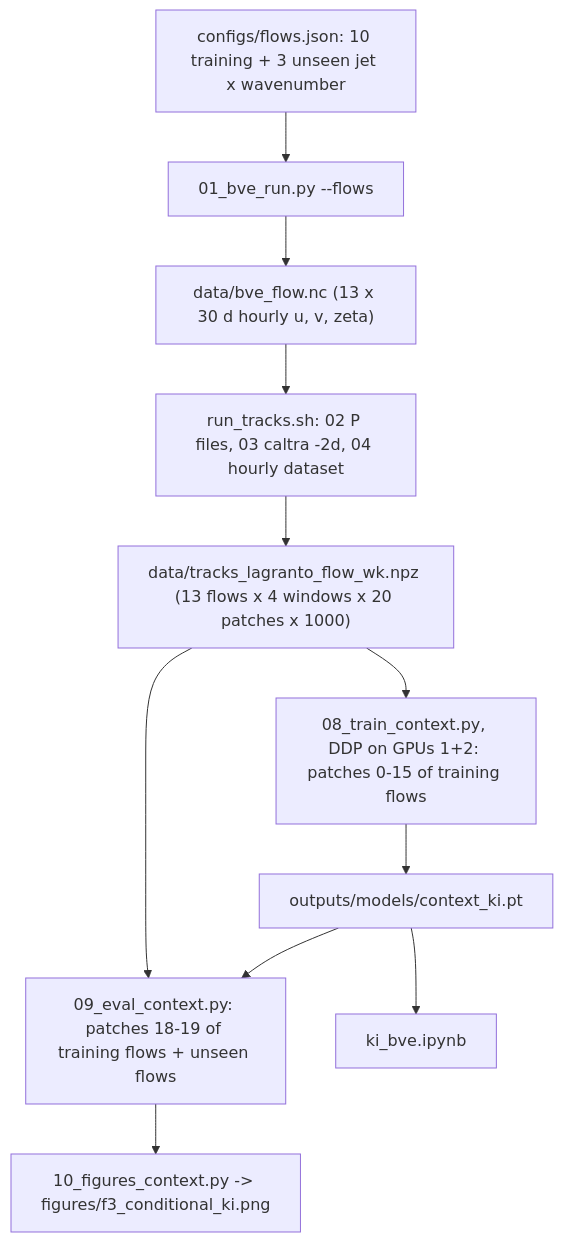
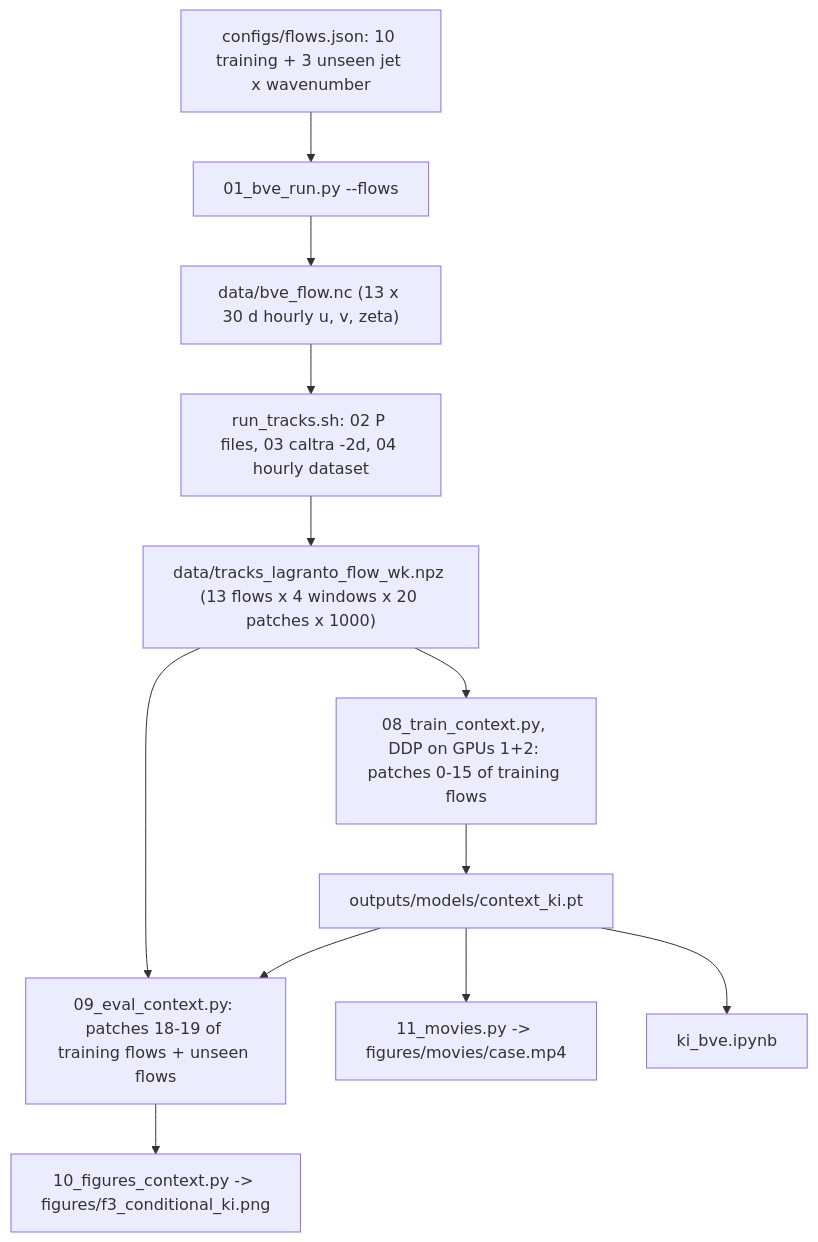
One commit to yanxingjianken/ki-lagrangian-tracks changed the diagram in 01_bve/README.md. Above: the diagram before and after it, drawn with Mermaid. The commit also changed other lines of this file and 17 other files, not shown here.

````diff
--- a/01_bve/README.md
+++ b/01_bve/README.md
@@ -28,10 +29,11 @@
 ```mermaid
 graph TD
     C["configs/flows.json: 10 training + 3 unseen jet x wavenumber"] --> R["01_bve_run.py --flows"] --> B["data/bve_flow.nc (13 x 30 d hourly u, v, zeta)"]
     B --> T["run_tracks.sh: 02 P files, 03 caltra -2d, 04 hourly dataset"] --> D["data/tracks_lagranto_flow_wk.npz (13 flows x 4 windows x 20 patches x 1000)"]
     D --> TR["08_train_context.py, DDP on GPUs 1+2: patches 0-15 of training flows"] --> M["outputs/models/context_ki.pt"]
     M --> E["09_eval_context.py: patches 18-19 of training flows + unseen flows"]
     D --> E
     E --> F["10_figures_context.py -> figures/f3_conditional_ki.png"]
+    M --> MV["11_movies.py -> figures/movies/case.mp4"]
     M --> N["ki_bve.ipynb"]
 ```
````
